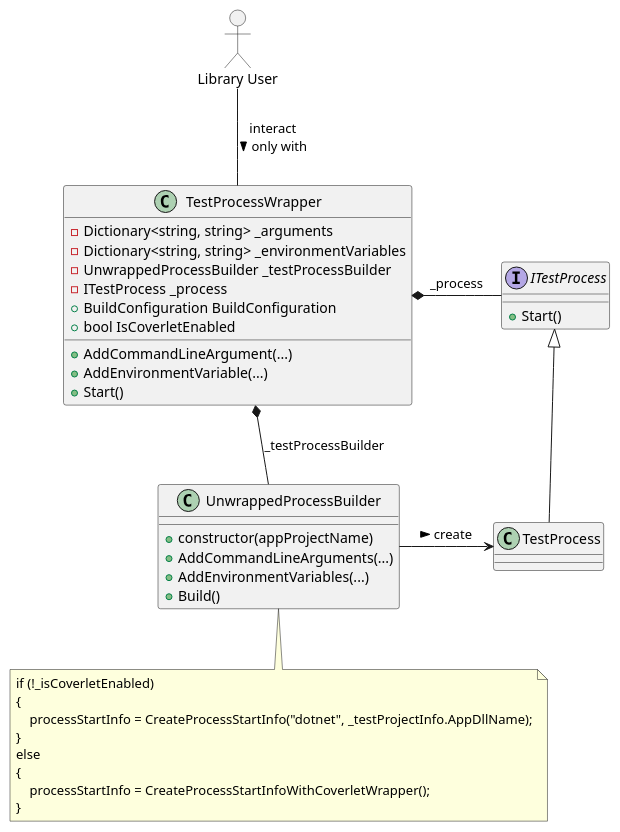
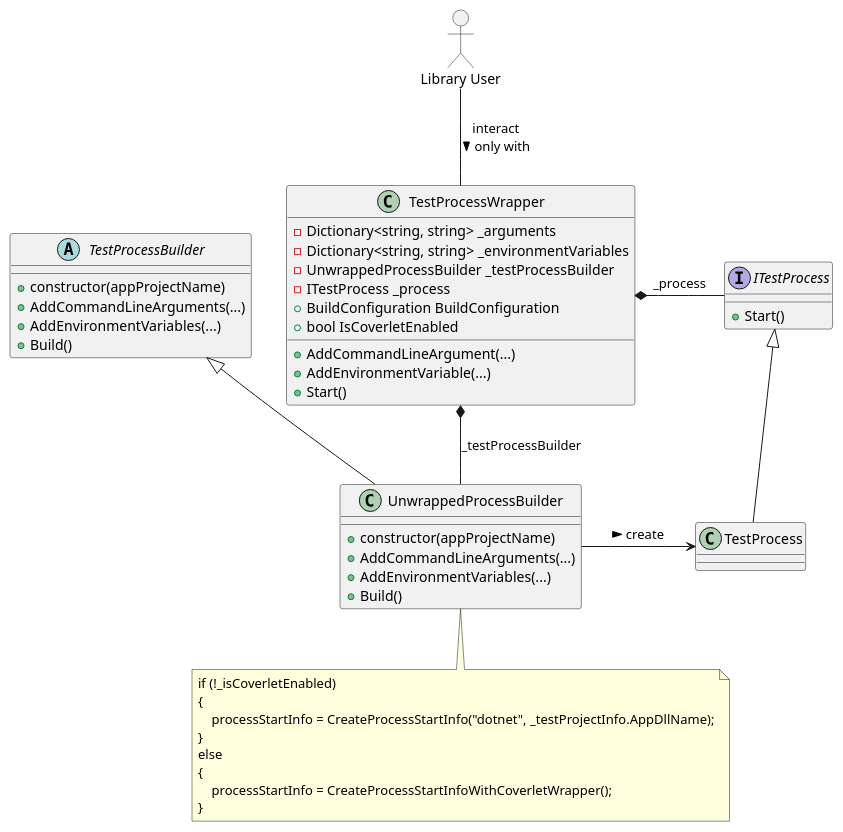
The diagram in docs/current_create_process.puml (wonderbird/TestProcessWrapper), drawn with PlantUML before and after one commit. The commit also changed 2 other files, not shown here.

Commit message:
refactor: introduce abstract base TestProcessBuilder

```diff
--- a/docs/current_create_process.puml
+++ b/docs/current_create_process.puml
@@ -1,51 +1,60 @@
 @startuml
 allowmixing
 
 actor "Library User" as user
 
 class "TestProcessWrapper" as wrapper {
   - Dictionary<string, string> _arguments
   - Dictionary<string, string> _environmentVariables
   - UnwrappedProcessBuilder _testProcessBuilder
   - ITestProcess _process
   + BuildConfiguration BuildConfiguration
   + bool IsCoverletEnabled
 
   + AddCommandLineArgument(...)
   + AddEnvironmentVariable(...)
   + Start()
 }
 
 user -- wrapper : interact\nonly with >
 
+abstract class "TestProcessBuilder" as new_builder {
+  + constructor(appProjectName)
+  + AddCommandLineArguments(...)
+  + AddEnvironmentVariables(...)
+  + Build()
+}
+
 class "UnwrappedProcessBuilder" as builder {
   + constructor(appProjectName)
   + AddCommandLineArguments(...)
   + AddEnvironmentVariables(...)
   + Build()
 }
+
+new_builder <|-- builder
 
 wrapper *-- builder : _testProcessBuilder
 
 interface "ITestProcess" as process_if {
   + Start()
 }
 
 wrapper *- process_if : _process
 
 class "TestProcess" as process
 process_if <|-- process
 
 builder -> process : create >
 
 note bottom of builder
 if (!_isCoverletEnabled)
 {
     processStartInfo = CreateProcessStartInfo("dotnet", _testProjectInfo.AppDllName);
 }
 else
 {
     processStartInfo = CreateProcessStartInfoWithCoverletWrapper();
 }
 end note
 @enduml
```
